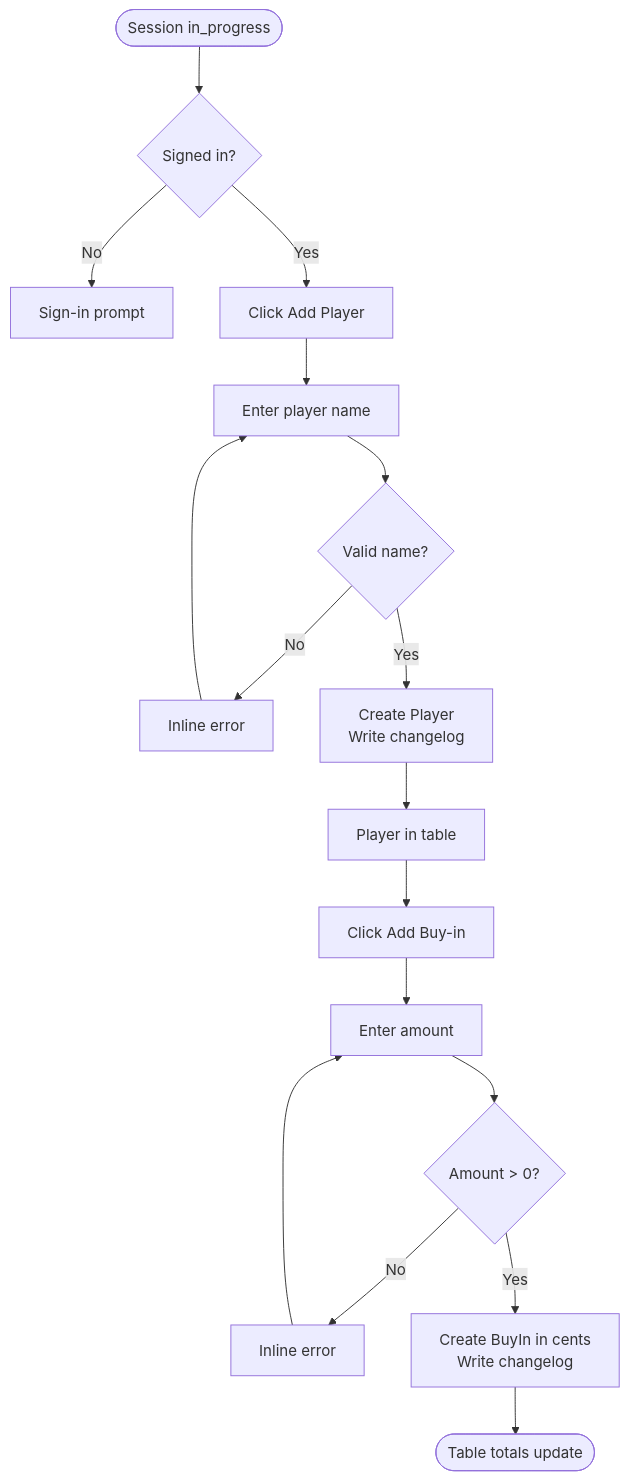
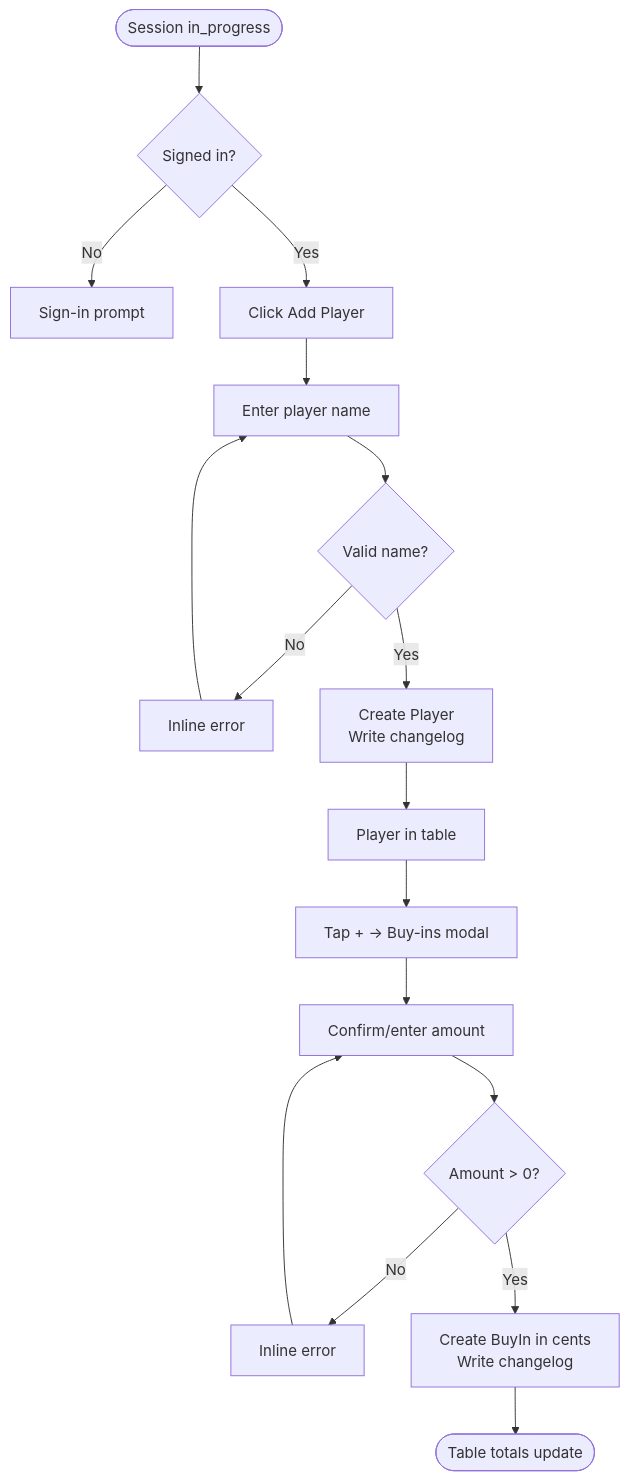
One commit to michikono/poker-ledger changed the second of 4 diagrams in docs/01-user-flows.md. Above: the diagram before and after it, drawn with Mermaid. The commit also changed other lines of this file and 13 other files, not shown here.

First line of the commit message:
feat(0022): dedicated Buy-ins modal + per-player "+" affordance

````diff
--- a/docs/01-user-flows.md
+++ b/docs/01-user-flows.md
@@ -73,19 +73,19 @@
 ```mermaid
 flowchart TD
     A([Session in_progress]) --> B{Signed in?}
     B -- No --> C[Sign-in prompt]
     B -- Yes --> D[Click Add Player]
     D --> E[Enter player name]
     E --> F{Valid name?}
     F -- No --> G[Inline error]
     G --> E
     F -- Yes --> H[Create Player\nWrite changelog]
     H --> I[Player in table]
-    I --> J[Click Add Buy-in]
-    J --> K[Enter amount]
+    I --> J["Tap + → Buy-ins modal"]
+    J --> K[Confirm/enter amount]
     K --> L{Amount > 0?}
     L -- No --> M[Inline error]
     M --> K
     L -- Yes --> N[Create BuyIn in cents\nWrite changelog]
     N --> O([Table totals update])
 ```
````
